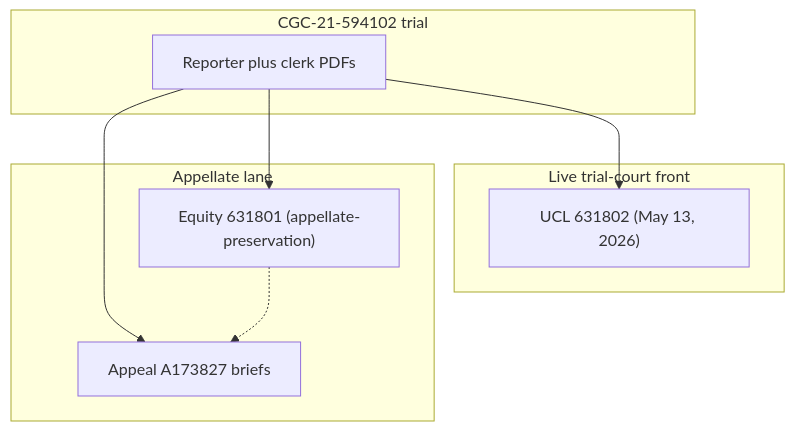
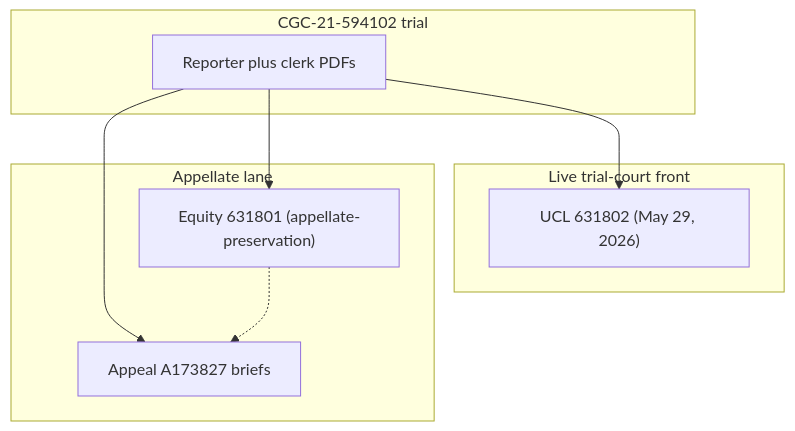
One commit to Municipal-Public-Trust-in-A-i/CSAA-ABDELHALIM-WONG-PSA-CSK changed the diagram in CASE-DOSSIER.md. Above: the diagram before and after it, drawn with Mermaid. The commit also changed other lines of this file and 11 other files, not shown here.

````diff
--- a/CASE-DOSSIER.md
+++ b/CASE-DOSSIER.md
@@ -37,17 +37,17 @@
 ```mermaid
 flowchart TB
   subgraph trial ["CGC-21-594102 trial"]
     TR["Reporter plus clerk PDFs"]
   end
   subgraph live ["Live trial-court front"]
-    UC["UCL 631802 (May 13, 2026)"]
+    UC["UCL 631802 (May 29, 2026)"]
   end
   subgraph appellate ["Appellate lane"]
     AP["Appeal A173827 briefs"]
     EQ["Equity 631801 (appellate-preservation)"]
   end
   TR --> AP
   TR --> EQ
   TR --> UC
   EQ -.-> AP
 ```
````
